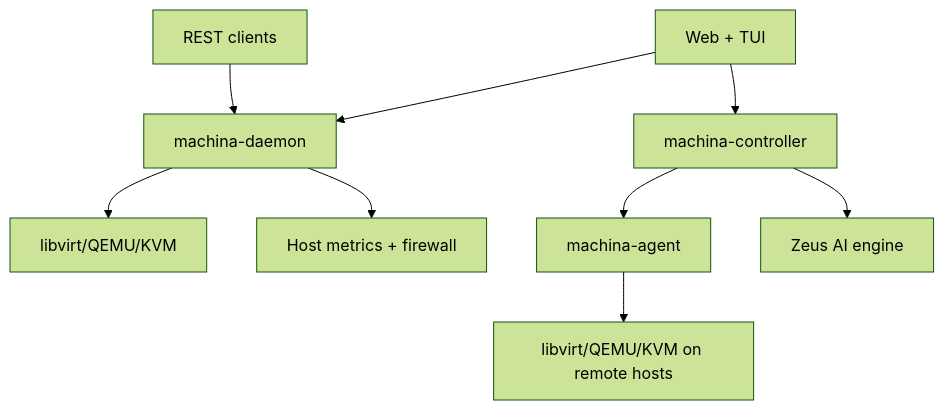
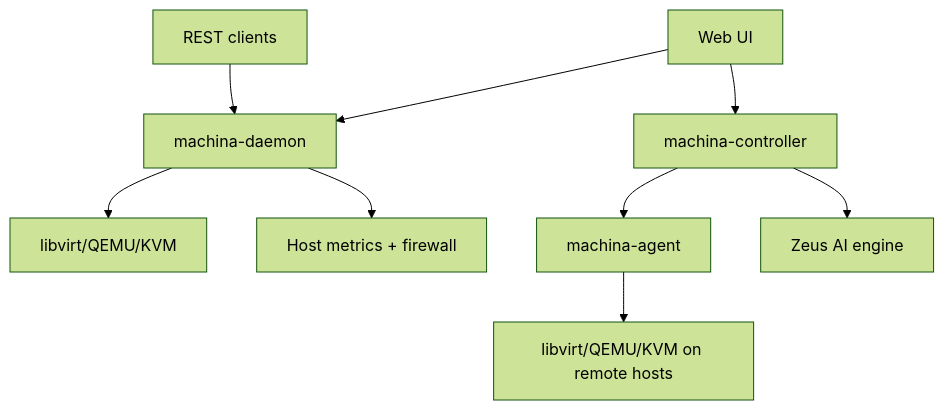
Before and after one commit to thanhan92-f1/machina: the diagram in README.md, drawn with Mermaid (forest theme). The commit also changed other lines of this file and 31 other files, not shown here.

First line of the commit message:
remove the machina TUI and stop shipping the machina binary

````diff
--- a/README.md
+++ b/README.md
@@ -95,11 +93,11 @@
 ```mermaid
 flowchart TB
-  UI[Web + TUI] --> Daemon[machina-daemon]
+  UI[Web UI] --> Daemon[machina-daemon]
   UI --> Controller[machina-controller]
   API[REST clients] --> Daemon
   Daemon --> Libvirt[libvirt/QEMU/KVM]
   Daemon --> Host[Host metrics + firewall]
   Controller --> Agent[machina-agent]
   Controller --> Zeus[Zeus AI engine]
   Agent --> Libvirt2[libvirt/QEMU/KVM on remote hosts]
 ```
````
